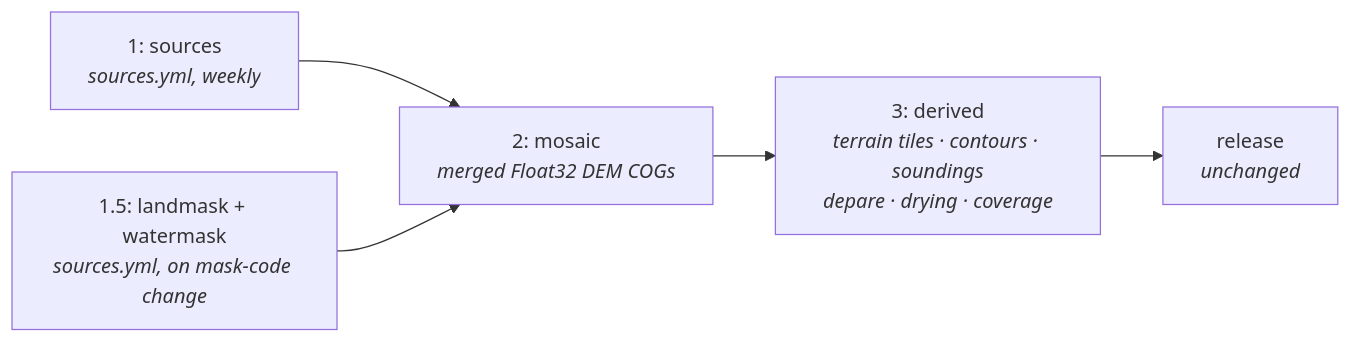
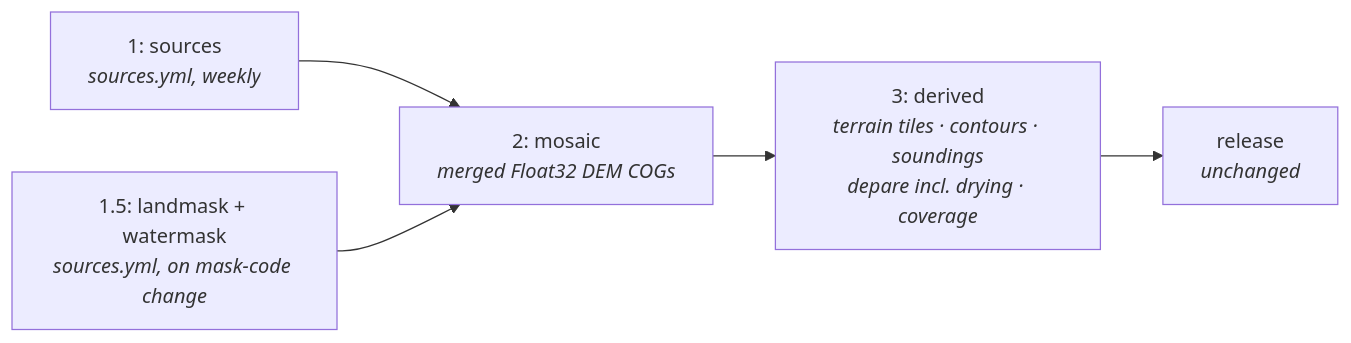
Before and after one commit to openwatersio/seascape: the diagram in docs/plans/2026-07-09-production-build.md, drawn with Mermaid. The commit also changed other lines of this file, not shown here.

````diff
--- a/docs/plans/2026-07-09-production-build.md
+++ b/docs/plans/2026-07-09-production-build.md
@@ -33,7 +33,7 @@
 ```mermaid
 flowchart LR
     S1["1: sources<br/><i>sources.yml, weekly</i>"] --> S2
     S15["1.5: landmask + watermask<br/><i>sources.yml, on mask-code change</i>"] --> S2
     S2["2: mosaic<br/><i>merged Float32 DEM COGs</i>"] --> S3
-    S3["3: derived<br/><i>terrain tiles · contours · soundings<br/>depare · drying · coverage</i>"] --> R["release<br/><i>unchanged</i>"]
+    S3["3: derived<br/><i>terrain tiles · contours · soundings<br/>depare incl. drying · coverage</i>"] --> R["release<br/><i>unchanged</i>"]
 ```
````
